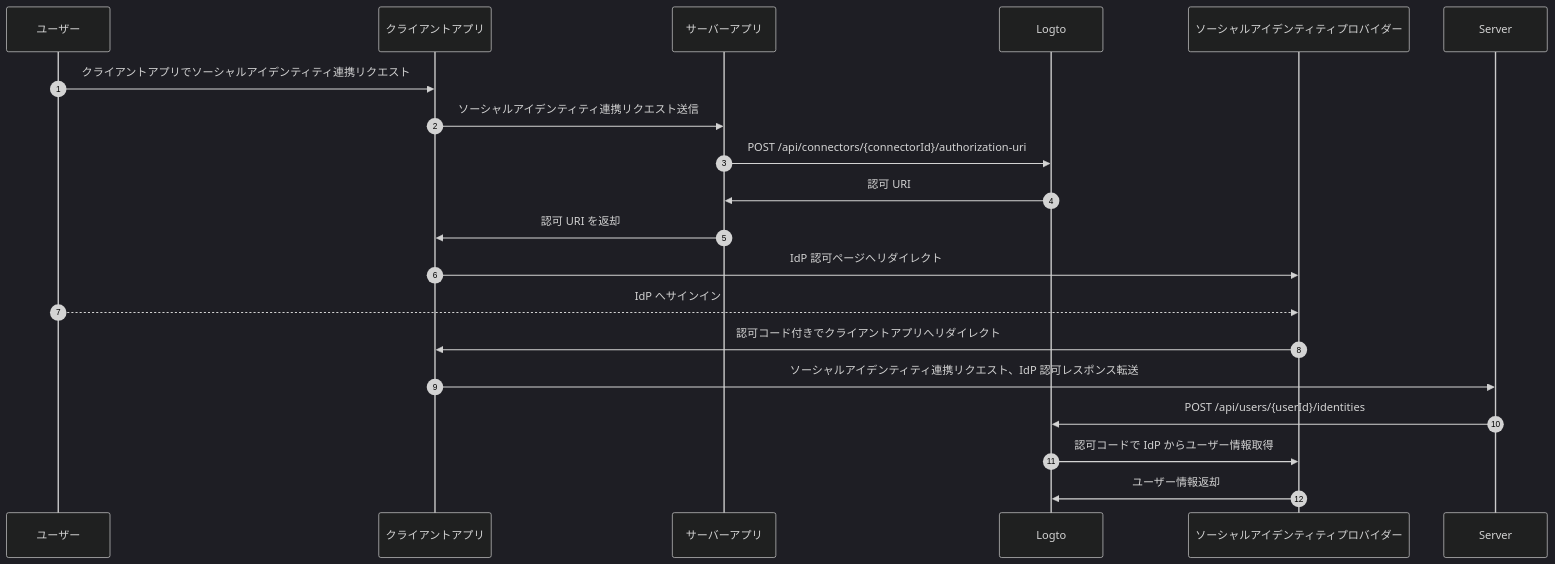
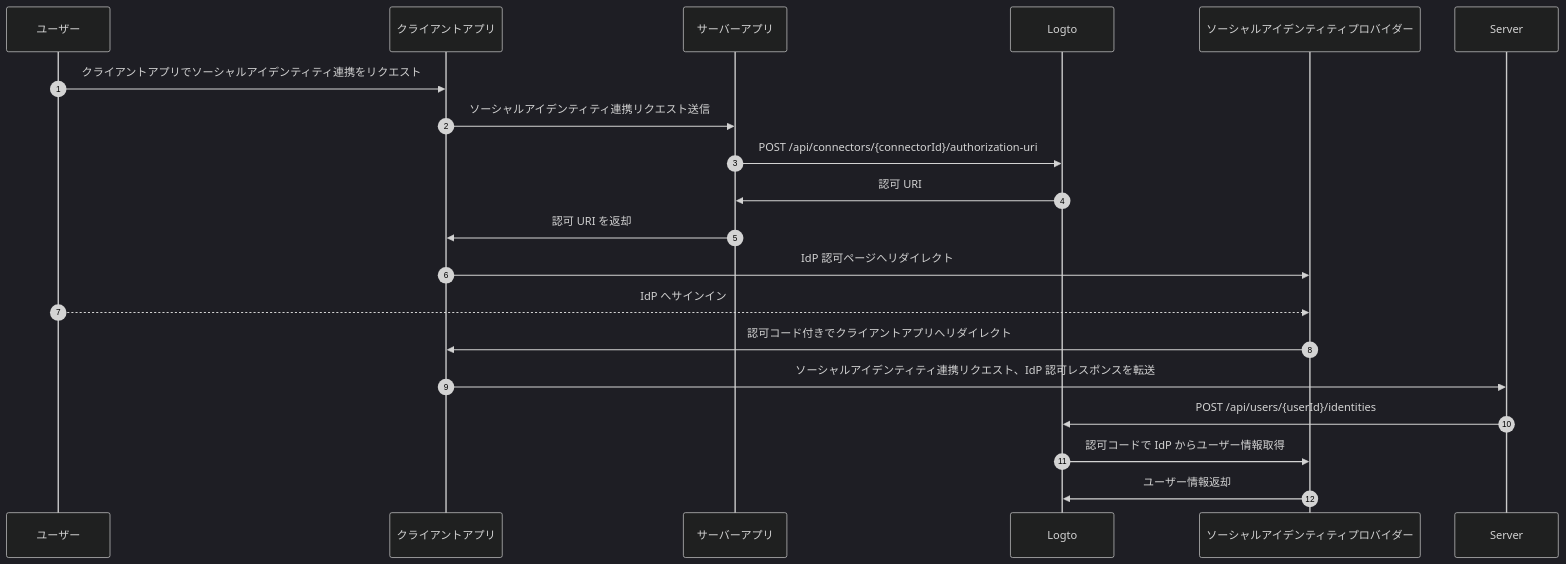
One commit to logto-io/docs changed the third of 3 diagrams in i18n/ja/docusaurus-plugin-content-docs/current/end-user-flows/account-settings/by-management-api.mdx. Above: the diagram before and after it, drawn with Mermaid (dark theme). The commit also changed other lines of this file and 152 other files, not shown here.

````diff
--- a/i18n/ja/docusaurus-plugin-content-docs/current/end-user-flows/account-settings/by-management-api.mdx
+++ b/i18n/ja/docusaurus-plugin-content-docs/current/end-user-flows/account-settings/by-management-api.mdx
@@ -120,22 +120,22 @@
 ```mermaid
 sequenceDiagram
     autoNumber
     participant User as ユーザー
     participant Client as クライアントアプリ
     participant App as サーバーアプリ
     participant Logto as Logto
     participant IdP as ソーシャルアイデンティティプロバイダー
 
-    User ->> Client: クライアントアプリでソーシャルアイデンティティ連携リクエスト
+    User ->> Client: クライアントアプリでソーシャルアイデンティティ連携をリクエスト
     Client ->> App: ソーシャルアイデンティティ連携リクエスト送信
     App ->> Logto: POST /api/connectors/{connectorId}/authorization-uri
     Logto ->> App: 認可 URI
     App ->> Client: 認可 URI を返却
     Client ->> IdP: IdP 認可ページへリダイレクト
     User -->> IdP: IdP へサインイン
     IdP ->> Client: 認可コード付きでクライアントアプリへリダイレクト
-    Client ->> Server: ソーシャルアイデンティティ連携リクエスト、IdP 認可レスポンス転送
+    Client ->> Server: ソーシャルアイデンティティ連携リクエスト、IdP 認可レスポンスを転送
     Server ->> Logto: POST /api/users/{userId}/identities
     Logto ->> IdP: 認可コードで IdP からユーザー情報取得
     IdP ->> Logto: ユーザー情報返却
 ```
````
